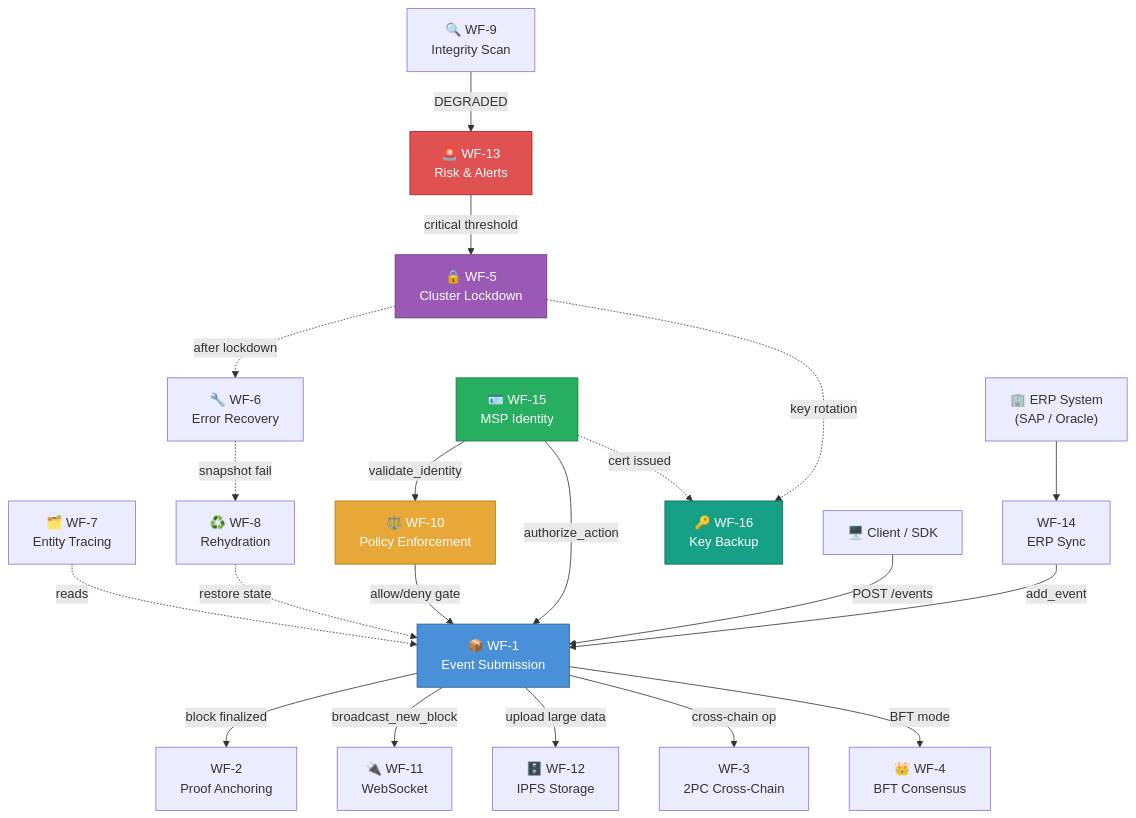
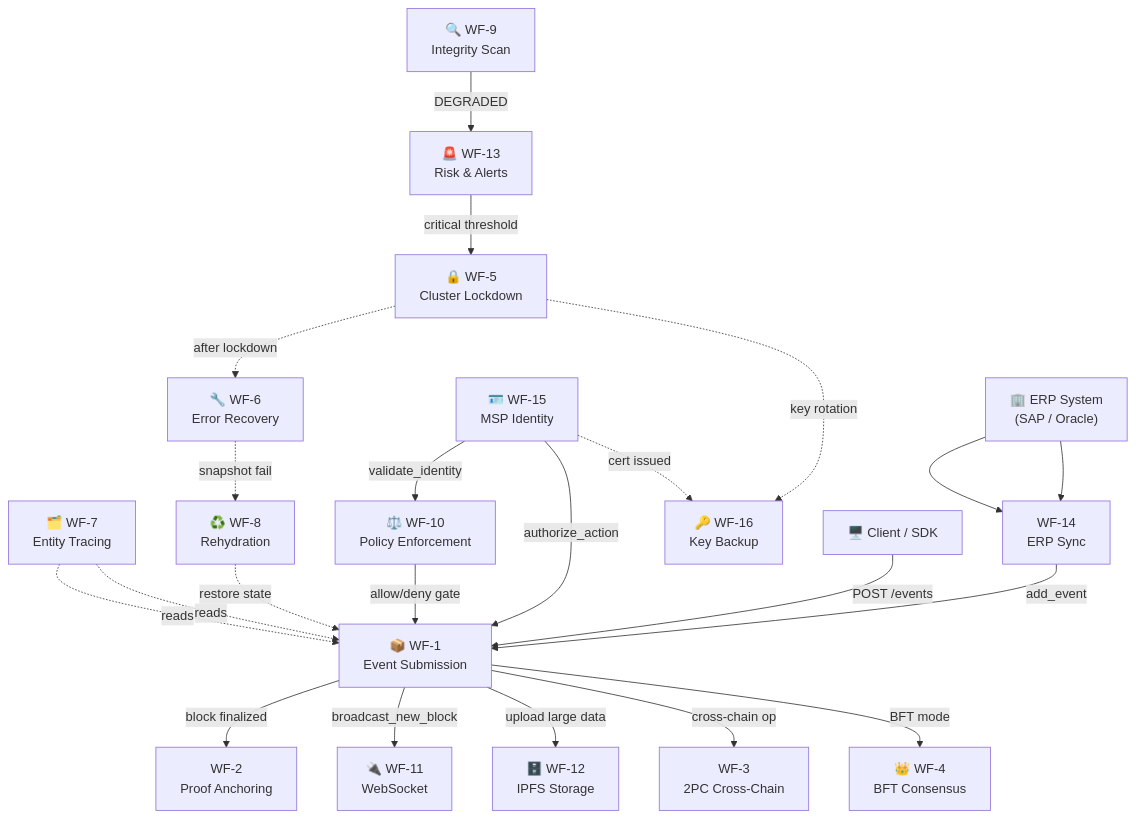
Before and after one commit to VanDung-dev/HieraChain: the diagram in docs/workflows/README.md, drawn with Mermaid. The commit also changed 7 other files, not shown here.

First line of the commit message:
docs(workflows): standardize sequence diagrams and remove hardcoded styling

````diff
--- a/docs/workflows/README.md
+++ b/docs/workflows/README.md
@@ -110,39 +110,36 @@
 ```mermaid
 flowchart TD
     ERP["🏢 ERP System\n(SAP / Oracle)"]
     CLIENT["🖥️ Client / SDK"]
 
     WF14["WF-14\nERP Sync"] -->|add_event| WF1
     CLIENT -->|POST /events| WF1
 
     WF15["🪪 WF-15\nMSP Identity"] -->|authorize_action| WF1
     WF15 -->|validate_identity| WF10["⚖️ WF-10\nPolicy Enforcement"]
     WF10 -->|allow/deny gate| WF1
 
     WF1["📦 WF-1\nEvent Submission"] -->|block finalized| WF2["WF-2\nProof Anchoring"]
     WF1 -->|broadcast_new_block| WF11["🔌 WF-11\nWebSocket"]
     WF1 -->|upload large data| WF12["🗄️ WF-12\nIPFS Storage"]
 
     WF1 -->|cross-chain op| WF3["WF-3\n2PC Cross-Chain"]
     WF1 -->|BFT mode| WF4["👑 WF-4\nBFT Consensus"]
 
     WF9["🔍 WF-9\nIntegrity Scan"] -->|DEGRADED| WF13["🚨 WF-13\nRisk & Alerts"]
     WF13 -->|critical threshold| WF5["🔒 WF-5\nCluster Lockdown"]
     WF5 -.->|after lockdown| WF6["🔧 WF-6\nError Recovery"]
     WF6 -.->|snapshot fail| WF8["♻️ WF-8\nRehydration"]
     WF8 -.->|restore state| WF1
 
     WF5 -.->|key rotation| WF16["🔑 WF-16\nKey Backup"]
     WF15 -.->|cert issued| WF16
 
     WF7["🗂️ WF-7\nEntity Tracing"] -.->|reads| WF1
 
     ERP --> WF14
 
-    style WF1 fill:#4a90d9,color:#fff,stroke:#2c5f8a
-    style WF10 fill:#e8a838,color:#fff,stroke:#b07020
-    style WF13 fill:#e05252,color:#fff,stroke:#a02020
-    style WF5 fill:#9b59b6,color:#fff,stroke:#6c3483
-    style WF15 fill:#27ae60,color:#fff,stroke:#1a7a40
-    style WF16 fill:#16a085,color:#fff,stroke:#0e6655
+    WF7["🗂️ WF-7\nEntity Tracing"] -.->|reads| WF1
+
+    ERP --> WF14
 ```
````
